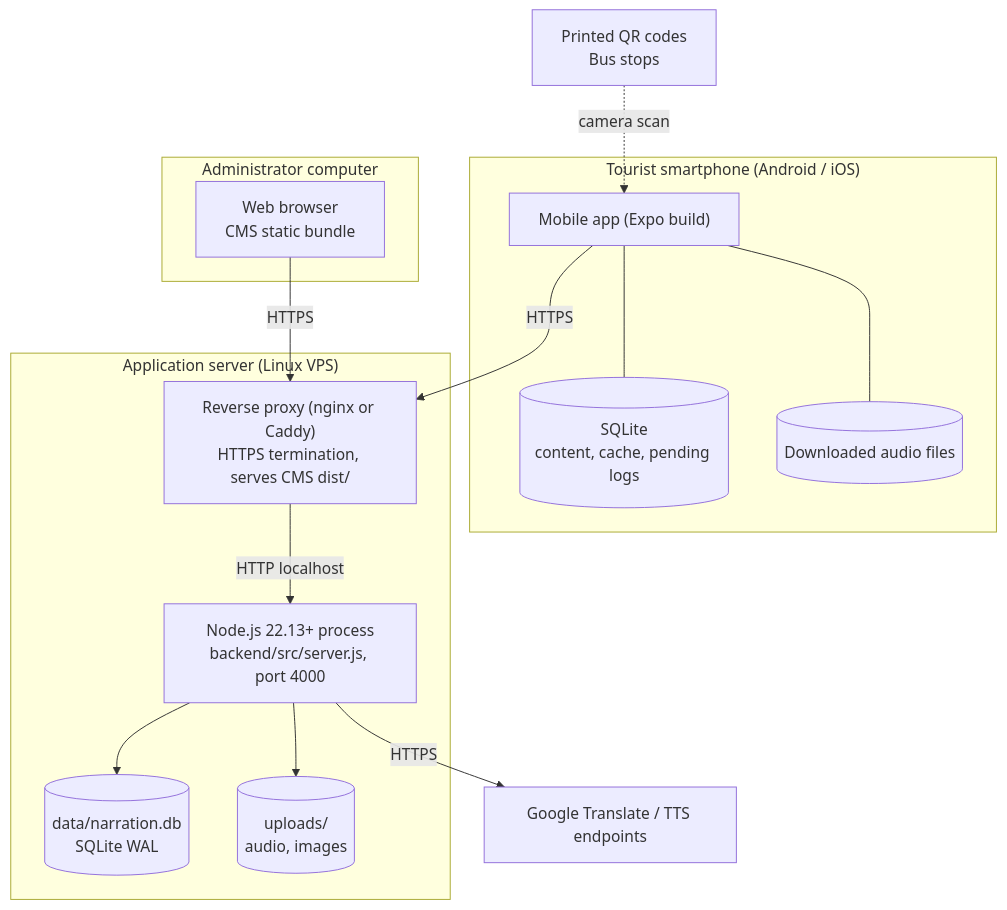
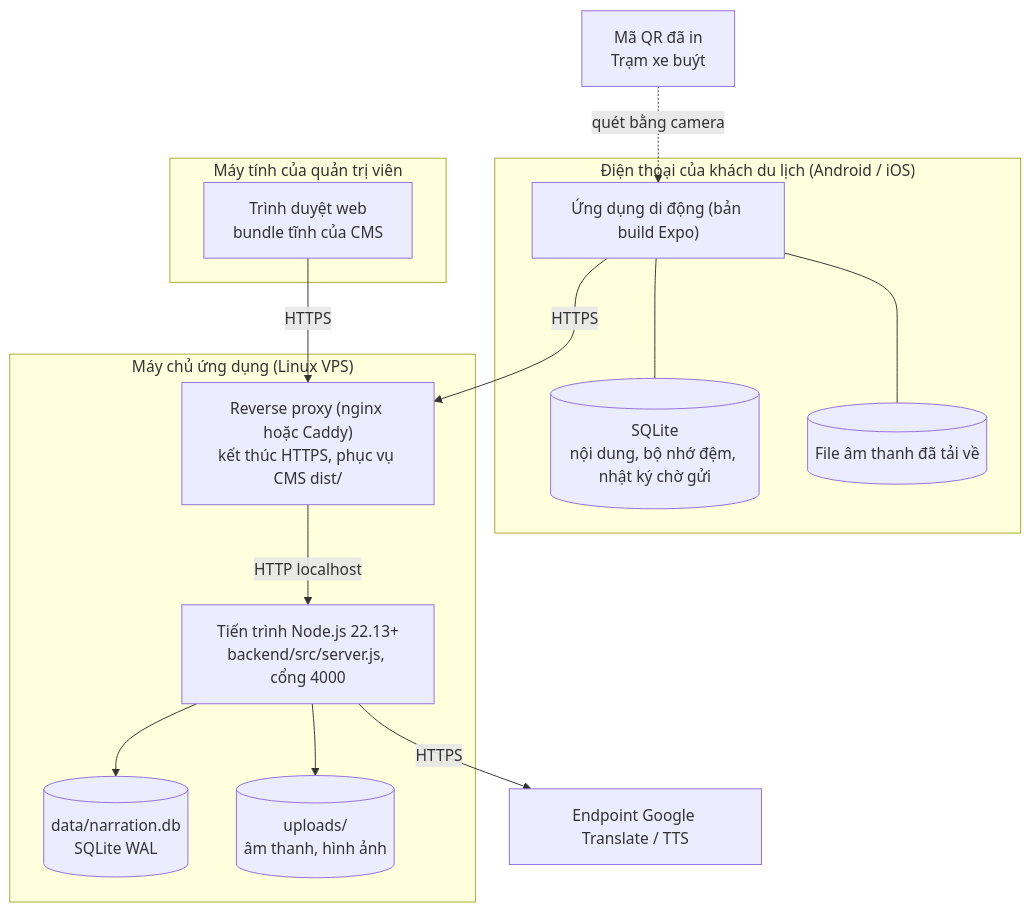
One commit to AiraLeFatale/CongNghePhanMem_Project changed diagram 19 of 19 in docs/02-design.md. Above: the diagram before and after it, drawn with Mermaid. The commit also changed other lines of this file and 11 other files, not shown here.

````diff
--- a/docs/02-design.md
+++ b/docs/02-design.md
@@ -824,30 +829,30 @@
 ```mermaid
 flowchart TB
-    subgraph PHONE["Tourist smartphone (Android / iOS)"]
-        APP["Mobile app (Expo build)"]
-        LDB[("SQLite<br/>content, cache, pending logs")]
-        AFILES[("Downloaded audio files")]
+    subgraph PHONE["Điện thoại của khách du lịch (Android / iOS)"]
+        APP["Ứng dụng di động (bản build Expo)"]
+        LDB[("SQLite<br/>nội dung, bộ nhớ đệm, nhật ký chờ gửi")]
+        AFILES[("File âm thanh đã tải về")]
     end
-    subgraph ADMINPC["Administrator computer"]
-        BROWSER["Web browser<br/>CMS static bundle"]
+    subgraph ADMINPC["Máy tính của quản trị viên"]
+        BROWSER["Trình duyệt web<br/>bundle tĩnh của CMS"]
     end
-    STOP["Printed QR codes<br/>Bus stops"]
+    STOP["Mã QR đã in<br/>Trạm xe buýt"]
 
-    subgraph SERVER["Application server (Linux VPS)"]
-        PROXY["Reverse proxy (nginx or Caddy)<br/>HTTPS termination, serves CMS dist/"]
-        NODE["Node.js 22.13+ process<br/>backend/src/server.js, port 4000"]
+    subgraph SERVER["Máy chủ ứng dụng (Linux VPS)"]
+        PROXY["Reverse proxy (nginx hoặc Caddy)<br/>kết thúc HTTPS, phục vụ CMS dist/"]
+        NODE["Tiến trình Node.js 22.13+<br/>backend/src/server.js, cổng 4000"]
         SDB[("data/narration.db<br/>SQLite WAL")]
-        UP[("uploads/<br/>audio, images")]
+        UP[("uploads/<br/>âm thanh, hình ảnh")]
     end
-    GOOG["Google Translate / TTS endpoints"]
+    GOOG["Endpoint Google Translate / TTS"]
 
-    STOP -. "camera scan" .-> APP
+    STOP -. "quét bằng camera" .-> APP
     APP --- LDB
     APP --- AFILES
     APP -->|"HTTPS"| PROXY
     BROWSER -->|"HTTPS"| PROXY
     PROXY -->|"HTTP localhost"| NODE
     NODE --> SDB
     NODE --> UP
     NODE -->|"HTTPS"| GOOG
 ```
````
